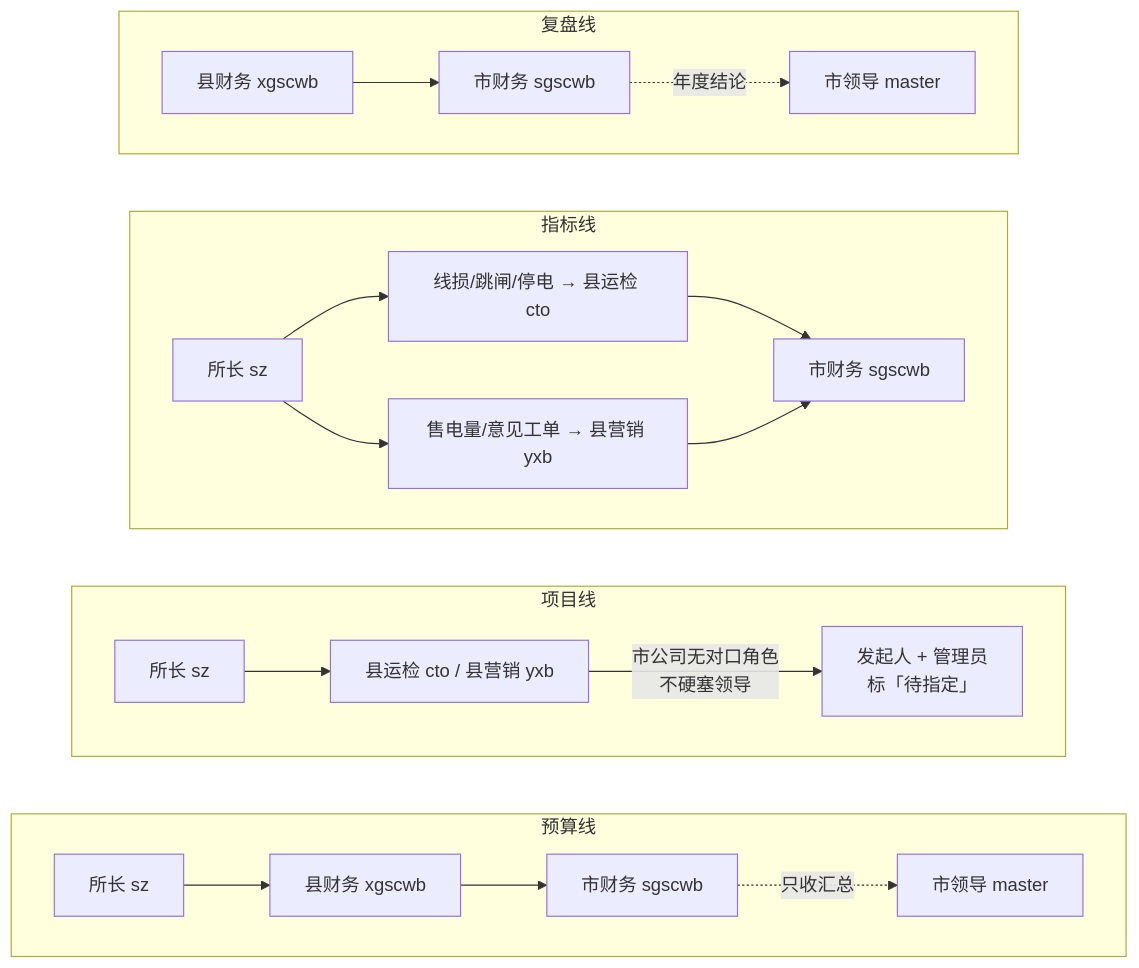
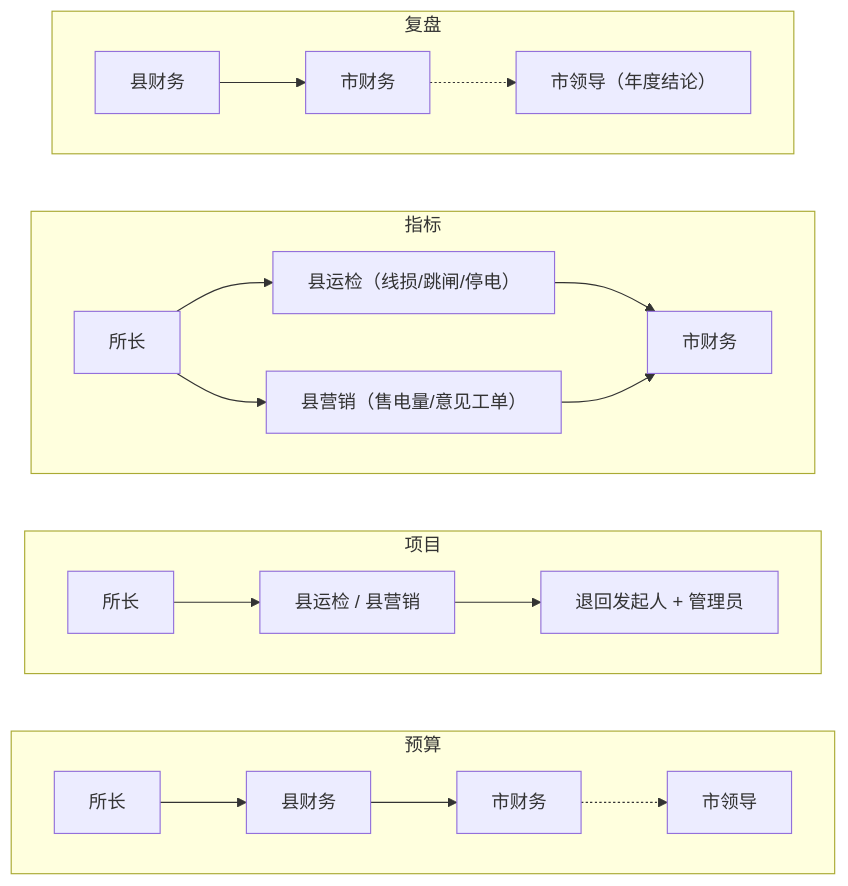
The second of 2 diagrams in docs/03-设计/任务全流程图.md (123ycy666/agent_kb_server), drawn with Mermaid before and after one commit. The commit also changed other lines of this file and 29 other files, not shown here.

````diff
--- a/docs/03-设计/任务全流程图.md
+++ b/docs/03-设计/任务全流程图.md
@@ -158,28 +108,22 @@
 ```mermaid
 flowchart LR
-  subgraph BUD["预算线"]
+  subgraph 预算["预算"]
     direction LR
-    B1["所长 sz"] --> B2["县财务 xgscwb"] --> B3["市财务 sgscwb"]
-    B3 -.->|"只收汇总"| B4["市领导 master"]
+    b1["所长"] --> b2["县财务"] --> b3["市财务"] -.-> b4["市领导"]
   end
-
-  subgraph PRJ["项目线"]
+  subgraph 项目["项目"]
     direction LR
-    P1["所长 sz"] --> P2["县运检 cto / 县营销 yxb"]
-    P2 -->|"市公司无对口角色<br/>不硬塞领导"| P3["发起人 + 管理员<br/>标「待指定」"]
+    p1["所长"] --> p2["县运检 / 县营销"] --> p3["退回发起人 + 管理员"]
   end
-
-  subgraph IDX["指标线"]
+  subgraph 指标["指标"]
     direction LR
-    I1["所长 sz"] --> I2["线损/跳闸/停电 → 县运检 cto"]
-    I1 --> I3["售电量/意见工单 → 县营销 yxb"]
-    I2 --> I4["市财务 sgscwb"]
-    I3 --> I4
+    i1["所长"] --> i2["县运检（线损/跳闸/停电）"]
+    i1 --> i3["县营销（售电量/意见工单）"]
+    i2 --> i4["市财务"]
+    i3 --> i4
   end
-
-  subgraph RVW["复盘线"]
+  subgraph 复盘["复盘"]
     direction LR
-    R1["县财务 xgscwb"] --> R2["市财务 sgscwb"]
-    R2 -.->|"年度结论"| R3["市领导 master"]
+    r1["县财务"] --> r2["市财务"] -.-> r3["市领导（年度结论）"]
   end
 ```
````
